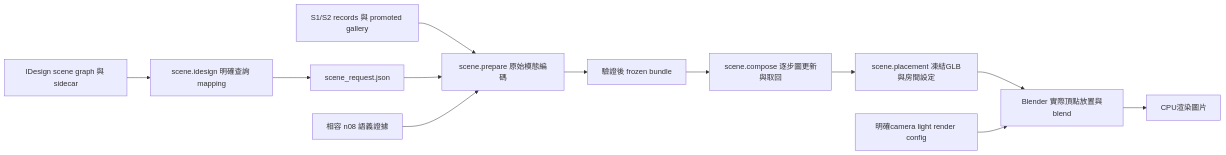
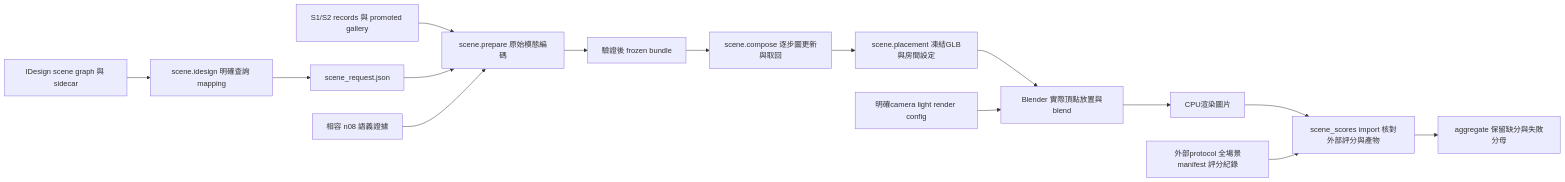
The third of 3 diagrams in docs/DATA_FLOW.md (Kyzen5128/MetaFindV1), drawn with Mermaid before and after one commit. The commit also changed other lines of this file and 141 other files, not shown here.

````diff
--- a/docs/DATA_FLOW.md
+++ b/docs/DATA_FLOW.md
@@ -192,14 +196,17 @@
 ```mermaid
 flowchart LR
   P[IDesign scene graph 與 sidecar] --> A[scene.idesign 明確查詢 mapping]
   A --> R[scene_request.json]
   CK[S1/S2 records 與 promoted gallery] --> E[scene.prepare 原始模態編碼]
   R --> E
   SE[相容 n08 語義證據] --> E
   E --> B[驗證後 frozen bundle]
   B --> C[scene.compose 逐步圖更新與取回]
   C --> PL[scene.placement 凍結GLB與房間設定]
   PL --> BL[Blender 實際頂點放置與blend]
   RC[明確camera light render config] --> BL
   BL --> IM[CPU渲染圖片]
+  IM --> SI[scene_scores import 核對外部評分與產物]
+  EX[外部protocol 全場景manifest 評分紀錄] --> SI
+  SI --> SU[aggregate 保留缺分與失敗分母]
 ```
````
